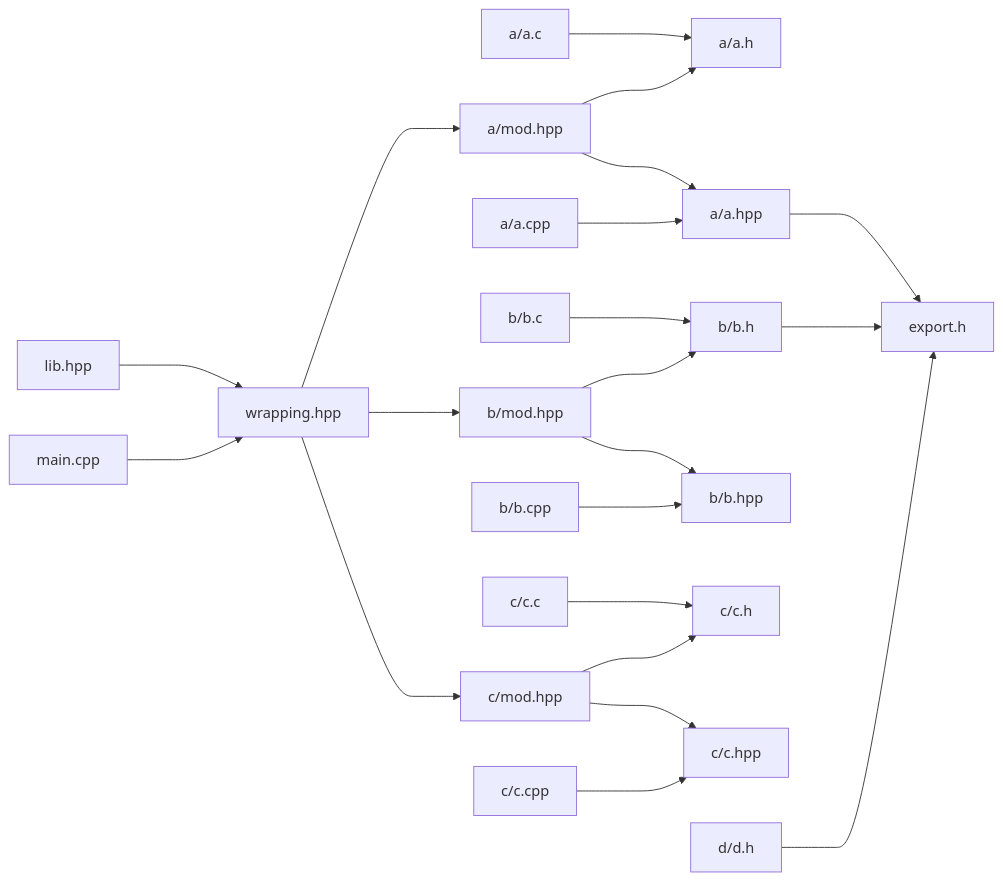
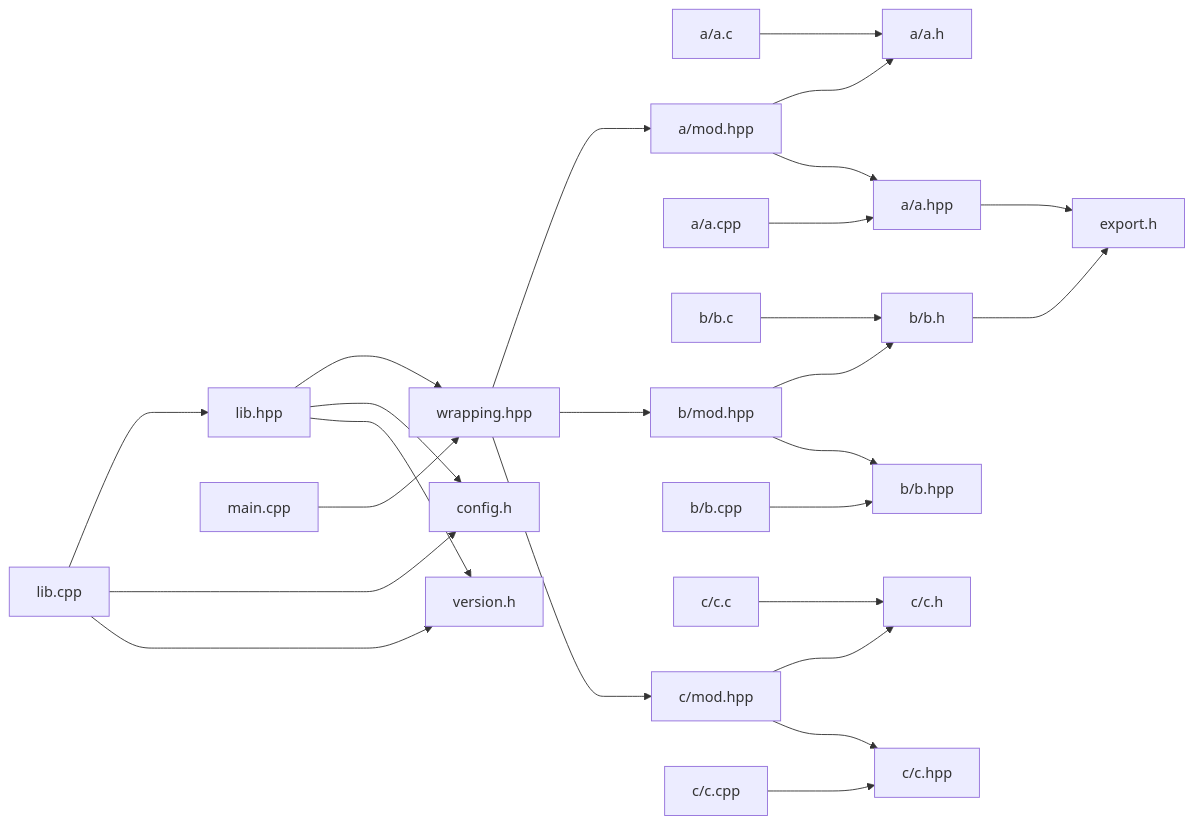
The diagram in test_c_cpp/flowchart.md (ascpkg/asc), drawn with Mermaid before and after one commit. The commit also changed 4 other files, not shown here.

````diff
--- a/test_c_cpp/flowchart.md
+++ b/test_c_cpp/flowchart.md
@@ -1,23 +1,27 @@
 ```mermaid
 flowchart LR;
     a/a.c ---> a/a.h;
     a/mod.hpp ---> a/a.h;
     a/a.cpp ---> a/a.hpp;
     a/mod.hpp ---> a/a.hpp;
     wrapping.hpp ---> a/mod.hpp;
     b/b.c ---> b/b.h;
     b/mod.hpp ---> b/b.h;
     b/b.cpp ---> b/b.hpp;
     b/mod.hpp ---> b/b.hpp;
     wrapping.hpp ---> b/mod.hpp;
     c/c.c ---> c/c.h;
     c/mod.hpp ---> c/c.h;
     c/c.cpp ---> c/c.hpp;
     c/mod.hpp ---> c/c.hpp;
     wrapping.hpp ---> c/mod.hpp;
     a/a.hpp ---> export.h;
     b/b.h ---> export.h;
-    d/d.h ---> export.h;
+    lib.cpp ---> lib.hpp;
     lib.hpp ---> wrapping.hpp;
     main.cpp ---> wrapping.hpp;
+    lib.cpp ---> config.h;
+    lib.hpp ---> config.h;
+    lib.cpp ---> version.h;
+    lib.hpp ---> version.h;
 ```
````
